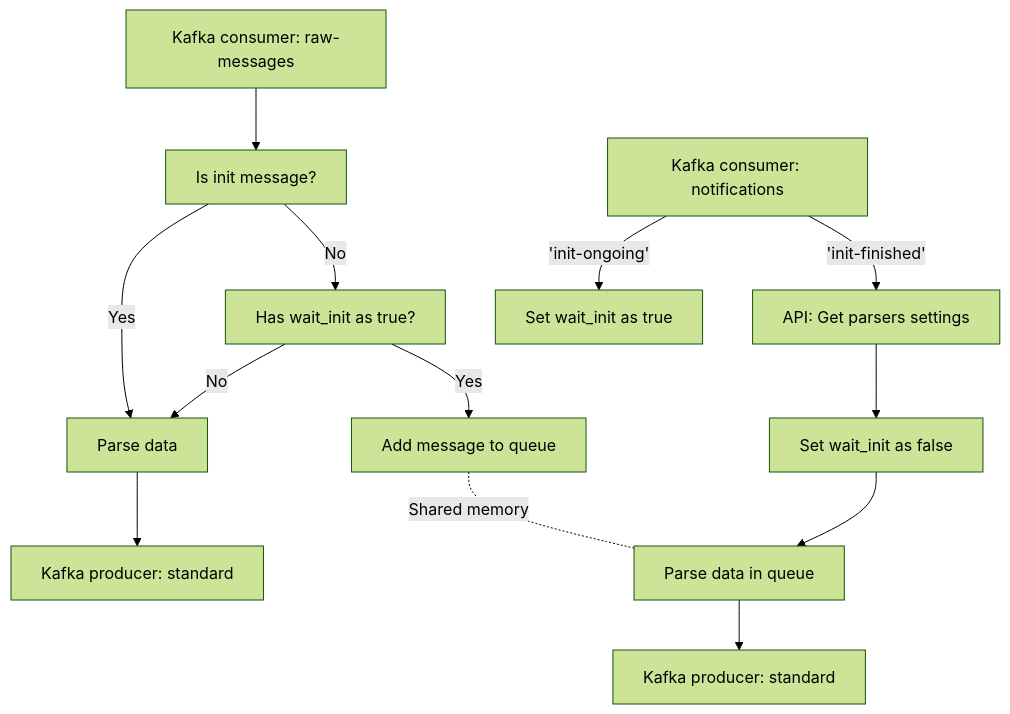
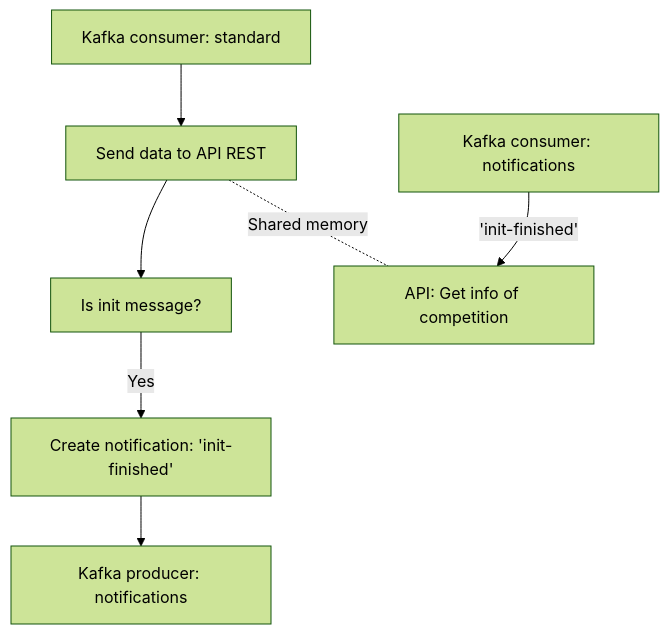
One commit to DimasDMM/live-timing-strategy changed the third of 3 diagrams in lts-pipeline/README.md. Above: the diagram before and after it, drawn with Mermaid (forest theme). The commit also changed other lines of this file and 44 other files, not shown here.

````diff
--- a/lts-pipeline/README.md
+++ b/lts-pipeline/README.md
@@ -117,18 +163,13 @@
 ```mermaid
 graph TD;
-  A[Kafka consumer: raw-messages]
-  A --> M[Is init message?]
-  M -- No --> B[Has wait_init as true?]
-  B -- Yes --> E[Add message to queue]
-  B -- No --> C[Parse data]
-  M -- Yes --> C
-  C --> D[Kafka producer: standard]
+  A[Kafka consumer: standard]
+  A --> B[Send data to API REST]
+  B --> C[Is init message?]
+  C -- Yes --> D[Create notification: 'init-finished']
+  D --> E[Kafka producer: notifications]
 
   F[Kafka consumer: notifications]
-  F -- 'init-finished' --> H[API: Get parsers settings]
-  H --> I[Set wait_init as false]
-  I --> J[Parse data in queue]
-  J --> K[Kafka producer: standard]
-  E -. Shared memory .- J
-  F -- 'init-ongoing' --> L[Set wait_init as true]
+  F -- 'init-finished' --> H[API: Get info of competition]
+
+  B -. Shared memory .- H
 ```
````
